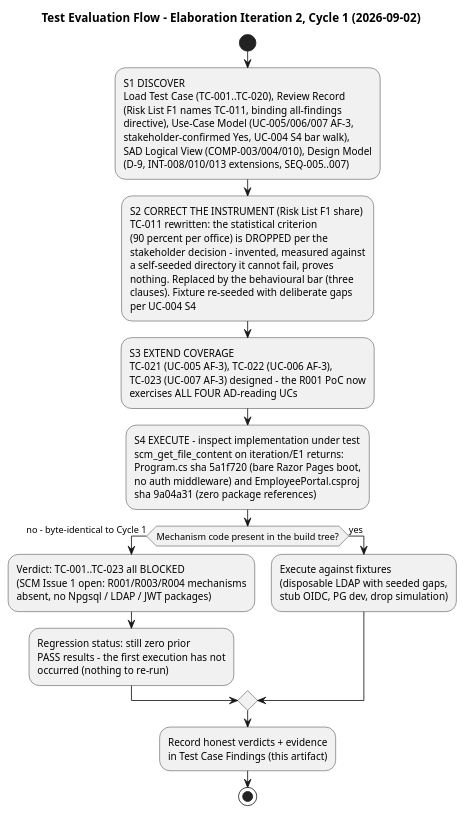
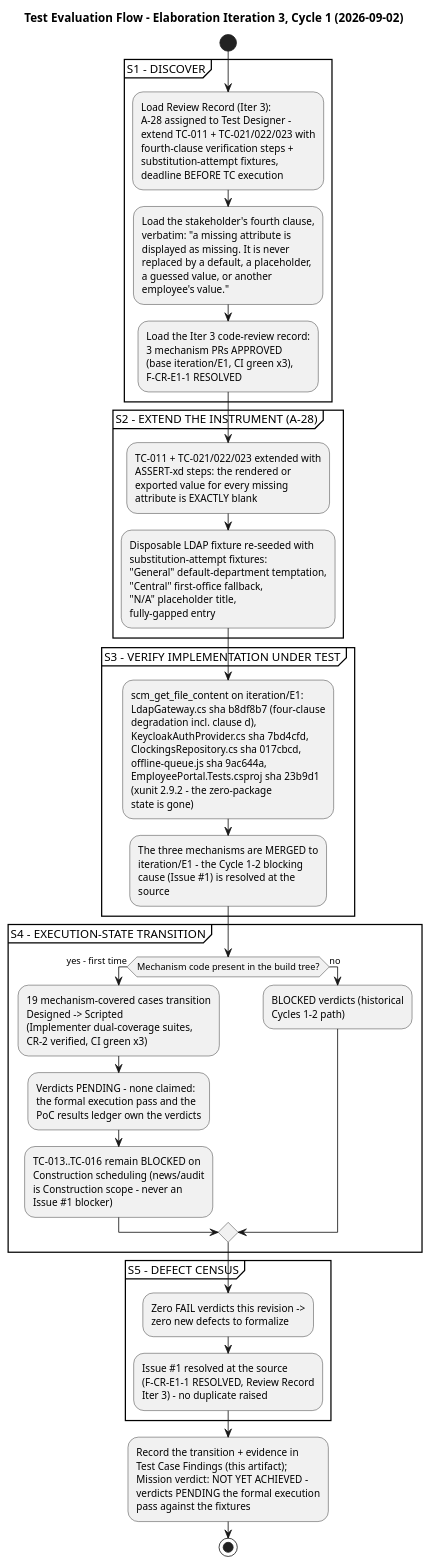
Before and after one commit to banense-test/employee-portal: the third of 8 diagrams in docs/artifacts/test/test-case.md, drawn with PlantUML. The commit also changed other lines of this file, not shown here.

First line of the commit message:
Test Designer [E3]: upsert Test Case

````diff
--- a/docs/artifacts/test/test-case.md
+++ b/docs/artifacts/test/test-case.md
@@ -176,46 +181,35 @@
 ```plantuml
 @startuml
-title Test Evaluation Flow - Elaboration Iteration 2, Cycle 1 (2026-09-02)
+title Test Evaluation Flow - Elaboration Iteration 3, Cycle 1 (2026-09-02)
 
 start
-:S1 DISCOVER
-Load Test Case (TC-001..TC-020), Review Record
-(Risk List F1 names TC-011, binding all-findings
-directive), Use-Case Model (UC-005/006/007 AF-3,
-stakeholder-confirmed Yes, UC-004 S4 bar walk),
-SAD Logical View (COMP-003/004/010), Design Model
-(D-9, INT-008/010/013 extensions, SEQ-005..007);
-:S2 CORRECT THE INSTRUMENT (Risk List F1 share)
-TC-011 rewritten: the statistical criterion
-(90 percent per office) is DROPPED per the
-stakeholder decision - invented, measured against
-a self-seeded directory it cannot fail, proves
-nothing. Replaced by the behavioural bar (three
-clauses). Fixture re-seeded with deliberate gaps
-per UC-004 S4;
-:S3 EXTEND COVERAGE
-TC-021 (UC-005 AF-3), TC-022 (UC-006 AF-3),
-TC-023 (UC-007 AF-3) designed - the R001 PoC now
-exercises ALL FOUR AD-reading UCs;
-:S4 EXECUTE - inspect implementation under test
-scm_get_file_content on iteration/E1 returns:
-Program.cs sha 5a1f720 (bare Razor Pages boot,
-no auth middleware) and EmployeePortal.csproj
-sha 9a04a31 (zero package references);
-if (Mechanism code present in the build tree?) then (no - byte-identical to Cycle 1)
-  :Verdict: TC-001..TC-023 all BLOCKED
-(SCM Issue 1 open: R001/R003/R004 mechanisms
-absent, no Npgsql / LDAP / JWT packages);
-  :Regression status: still zero prior
-PASS results - the first execution has not
-occurred (nothing to re-run);
-else (yes)
-  :Execute against fixtures
-(disposable LDAP with seeded gaps,
-stub OIDC, PG dev, drop simulation);
-endif
-:Record honest verdicts + evidence
-in Test Case Findings (this artifact);
+partition "S1 - DISCOVER" {
+  :Load Review Record (Iter 3):\nA-28 assigned to Test Designer -\nextend TC-011 + TC-021/022/023 with\nfourth-clause verification steps +\nsubstitution-attempt fixtures,\ndeadline BEFORE TC execution;
+  :Load the stakeholder's fourth clause,\nverbatim: "a missing attribute is\ndisplayed as missing. It is never\nreplaced by a default, a placeholder,\na guessed value, or another\nemployee's value.";
+  :Load the Iter 3 code-review record:\n3 mechanism PRs APPROVED\n(base iteration/E1, CI green x3),\nF-CR-E1-1 RESOLVED;
+}
+partition "S2 - EXTEND THE INSTRUMENT (A-28)" {
+  :TC-011 + TC-021/022/023 extended with\nASSERT-xd steps: the rendered or\nexported value for every missing\nattribute is EXACTLY blank;
+  :Disposable LDAP fixture re-seeded with\nsubstitution-attempt fixtures:\n"General" default-department temptation,\n"Central" first-office fallback,\n"N/A" placeholder title,\nfully-gapped entry;
+}
+partition "S3 - VERIFY IMPLEMENTATION UNDER TEST" {
+  :scm_get_file_content on iteration/E1:\nLdapGateway.cs sha b8df8b7 (four-clause\ndegradation incl. clause d),\nKeycloakAuthProvider.cs sha 7bd4cfd,\nClockingsRepository.cs sha 017cbcd,\noffline-queue.js sha 9ac644a,\nEmployeePortal.Tests.csproj sha 23b9d1\n(xunit 2.9.2 - the zero-package\nstate is gone);
+  :The three mechanisms are MERGED to\niteration/E1 - the Cycle 1-2 blocking\ncause (Issue #1) is resolved at the\nsource;
+}
+partition "S4 - EXECUTION-STATE TRANSITION" {
+  if (Mechanism code present in the build tree?) then (yes - first time)
+    :19 mechanism-covered cases transition\nDesigned -> Scripted\n(Implementer dual-coverage suites,\nCR-2 verified, CI green x3);
+    :Verdicts PENDING - none claimed:\nthe formal execution pass and the\nPoC results ledger own the verdicts;
+    :TC-013..TC-016 remain BLOCKED on\nConstruction scheduling (news/audit\nis Construction scope - never an\nIssue #1 blocker);
+  else (no)
+    :BLOCKED verdicts (historical\nCycles 1-2 path);
+  endif
+}
+partition "S5 - DEFECT CENSUS" {
+  :Zero FAIL verdicts this revision ->\nzero new defects to formalize;
+  :Issue #1 resolved at the source\n(F-CR-E1-1 RESOLVED, Review Record\nIter 3) - no duplicate raised;
+}
+:Record the transition + evidence in\nTest Case Findings (this artifact);\nMission verdict: NOT YET ACHIEVED -\nverdicts PENDING the formal execution\npass against the fixtures;
 stop
 @enduml
 ```
````
